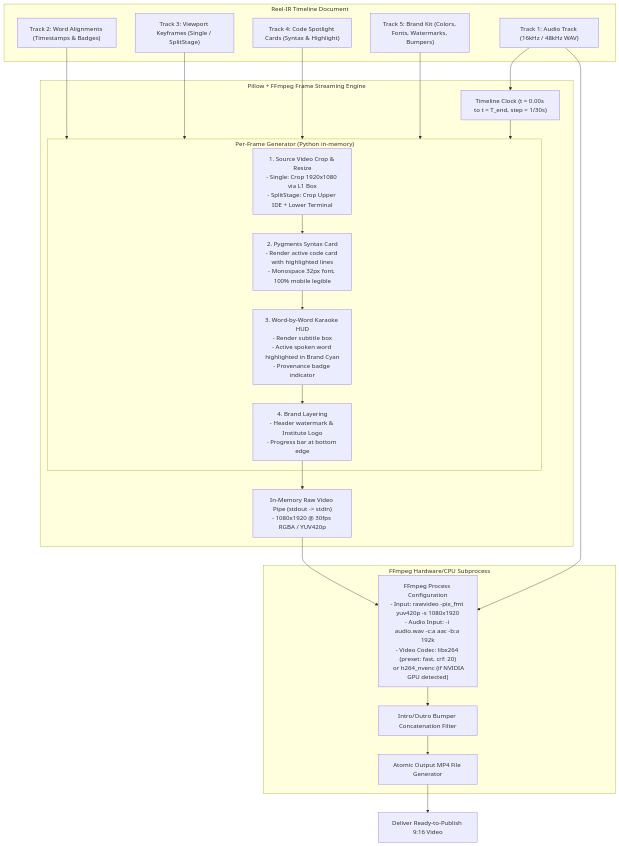
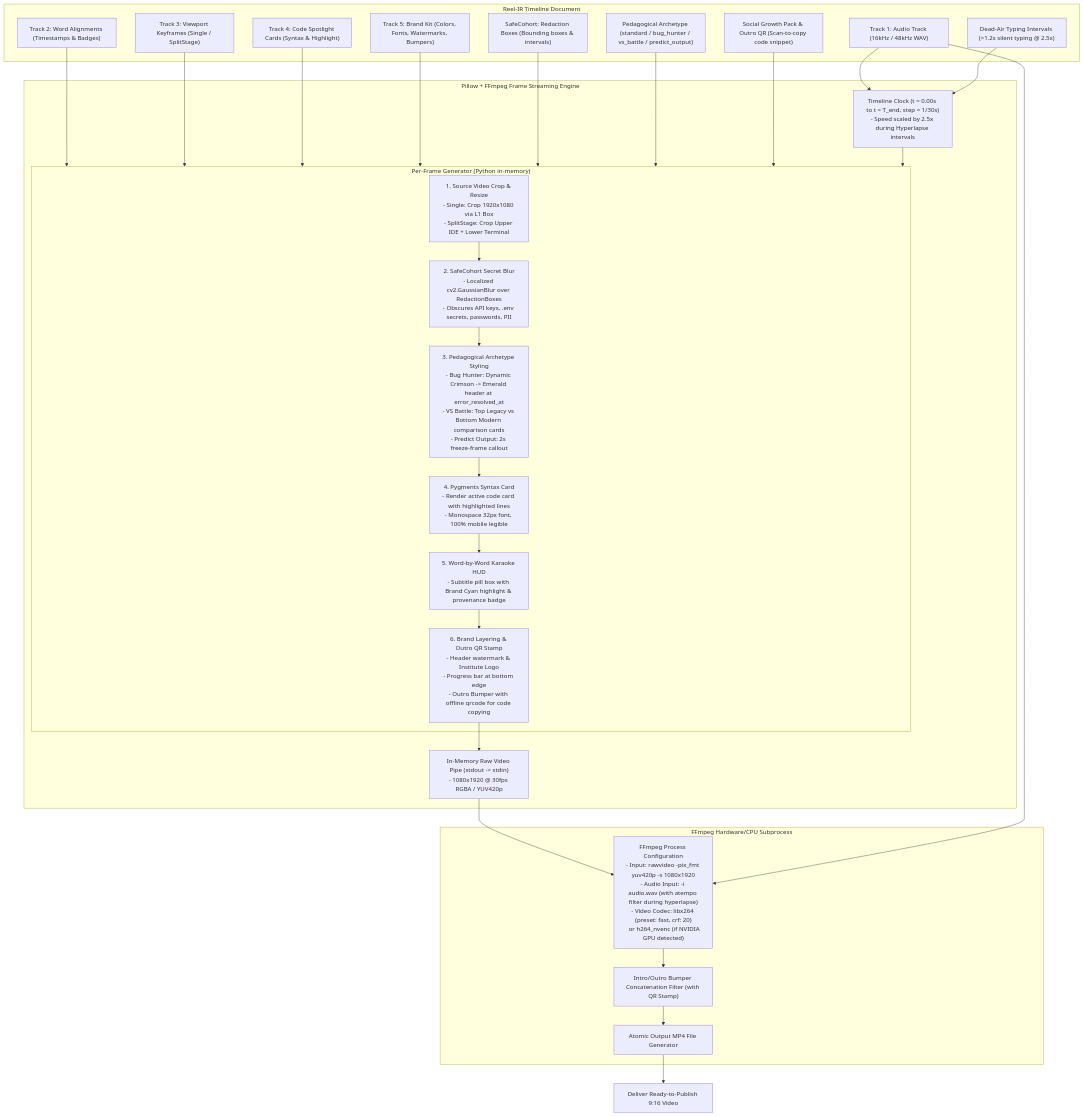
The fourth of 7 diagrams in workflow.md (Piyush-ops-ui/snipshot), drawn with Mermaid before and after one commit. The commit also changed other lines of this file and 191 other files, not shown here.

````diff
--- a/workflow.md
+++ b/workflow.md
@@ -191,38 +198,44 @@
 ```mermaid
 flowchart TD
     subgraph InputState["Reel-IR Timeline Document"]
         IR_Audio["Track 1: Audio Track (16kHz / 48kHz WAV)"]
         IR_Transcript["Track 2: Word Alignments (Timestamps & Badges)"]
         IR_Viewports["Track 3: Viewport Keyframes (Single / SplitStage)"]
         IR_CodeCards["Track 4: Code Spotlight Cards (Syntax & Highlight)"]
         IR_Brand["Track 5: Brand Kit (Colors, Fonts, Watermarks, Bumpers)"]
+        IR_Security["SafeCohort: Redaction Boxes (Bounding boxes & intervals)"]
+        IR_Archetype["Pedagogical Archetype (standard / bug_hunter / vs_battle / predict_output)"]
+        IR_Growth["Social Growth Pack & Outro QR (Scan-to-copy code snippet)"]
+        IR_Hyperlapse["Dead-Air Typing Intervals (>1.2s silent typing @ 2.5x)"]
     end
 
     subgraph CompositionEngine["Pillow + FFmpeg Frame Streaming Engine"]
-        Clock["Timeline Clock (t = 0.00s to t = T_end, step = 1/30s)"]
+        Clock["Timeline Clock (t = 0.00s to t = T_end, step = 1/30s)\n- Speed scaled by 2.5x during Hyperlapse intervals"]
         
         subgraph FrameSynthesizer["Per-Frame Generator (Python in-memory)"]
             BaseCrop["1. Source Video Crop & Resize\n- Single: Crop 1920x1080 via L1 Box\n- SplitStage: Crop Upper IDE + Lower Terminal"]
-            CodeOverlay["2. Pygments Syntax Card\n- Render active code card with highlighted lines\n- Monospace 32px font, 100% mobile legible"]
-            Captions["3. Word-by-Word Karaoke HUD\n- Render subtitle box\n- Active spoken word highlighted in Brand Cyan\n- Provenance badge indicator"]
-            BrandLayer["4. Brand Layering\n- Header watermark & Institute Logo\n- Progress bar at bottom edge"]
+            BlurShield["2. SafeCohort Secret Blur\n- Localized cv2.GaussianBlur over RedactionBoxes\n- Obscures API keys, .env secrets, passwords, PII"]
+            ArchetypeLayer["3. Pedagogical Archetype Styling\n- Bug Hunter: Dynamic Crimson -> Emerald header at error_resolved_at\n- VS Battle: Top Legacy vs Bottom Modern comparison cards\n- Predict Output: 2s freeze-frame callout"]
+            CodeOverlay["4. Pygments Syntax Card\n- Render active code card with highlighted lines\n- Monospace 32px font, 100% mobile legible"]
+            Captions["5. Word-by-Word Karaoke HUD\n- Subtitle pill box with Brand Cyan highlight & provenance badge"]
+            BrandLayer["6. Brand Layering & Outro QR Stamp\n- Header watermark & Institute Logo\n- Progress bar at bottom edge\n- Outro Bumper with offline qrcode for code copying"]
         end
 
         BufferPipe["In-Memory Raw Video Pipe (stdout -> stdin)\n- 1080x1920 @ 30fps RGBA / YUV420p"]
     end
 
     subgraph FFmpegProcess["FFmpeg Hardware/CPU Subprocess"]
-        Encoder["FFmpeg Process Configuration\n- Input: rawvideo -pix_fmt yuv420p -s 1080x1920\n- Audio Input: -i audio.wav -c:a aac -b:a 192k\n- Video Codec: libx264 (preset: fast, crf: 20)\n  or h264_nvenc (if NVIDIA GPU detected)"]
-        BumperStitch["Intro/Outro Bumper Concatenation Filter"]
+        Encoder["FFmpeg Process Configuration\n- Input: rawvideo -pix_fmt yuv420p -s 1080x1920\n- Audio Input: -i audio.wav (with atempo filter during hyperlapse)\n- Video Codec: libx264 (preset: fast, crf: 20)\n  or h264_nvenc (if NVIDIA GPU detected)"]
+        BumperStitch["Intro/Outro Bumper Concatenation Filter (with QR Stamp)"]
         DiskWriter["Atomic Output MP4 File Generator"]
     end
 
-    IR_Audio --> Clock
-    IR_Transcript & IR_Viewports & IR_CodeCards & IR_Brand --> FrameSynthesizer
+    IR_Audio & IR_Hyperlapse --> Clock
+    IR_Transcript & IR_Viewports & IR_CodeCards & IR_Brand & IR_Security & IR_Archetype & IR_Growth --> FrameSynthesizer
     Clock --> FrameSynthesizer
-    BaseCrop --> CodeOverlay --> Captions --> BrandLayer --> BufferPipe
+    BaseCrop --> BlurShield --> ArchetypeLayer --> CodeOverlay --> Captions --> BrandLayer --> BufferPipe
     BufferPipe --> Encoder
     IR_Audio --> Encoder
     Encoder --> BumperStitch --> DiskWriter
     DiskWriter --> Done["Deliver Ready-to-Publish 9:16 Video"]
 ```
````
